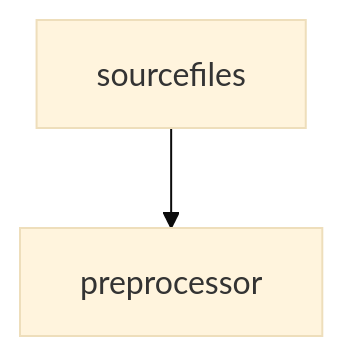
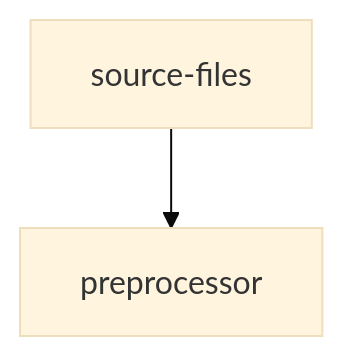
Before and after one commit to DCMMC/Notes: the diagram in 编译原理学习笔记.md, drawn with Mermaid (base theme).

Commit message:
修改文件: 编译原理学习笔记.md

````diff
--- a/编译原理学习笔记.md
+++ b/编译原理学习笔记.md
@@ -41,5 +41,5 @@
 ```mermaid!
 graph TD;
-sourcefiles --> preprocessor;
+source-files --> preprocessor;
 
 ```
````
